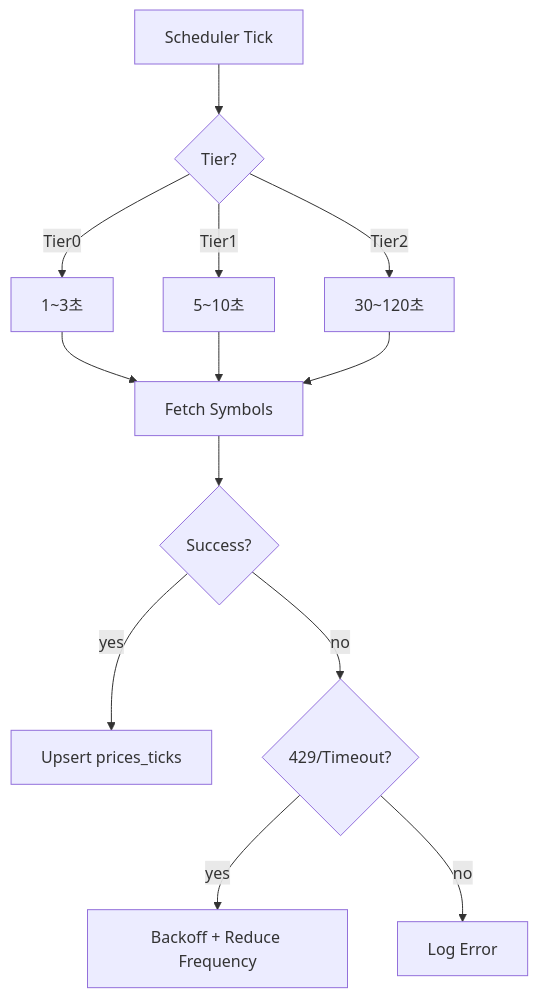
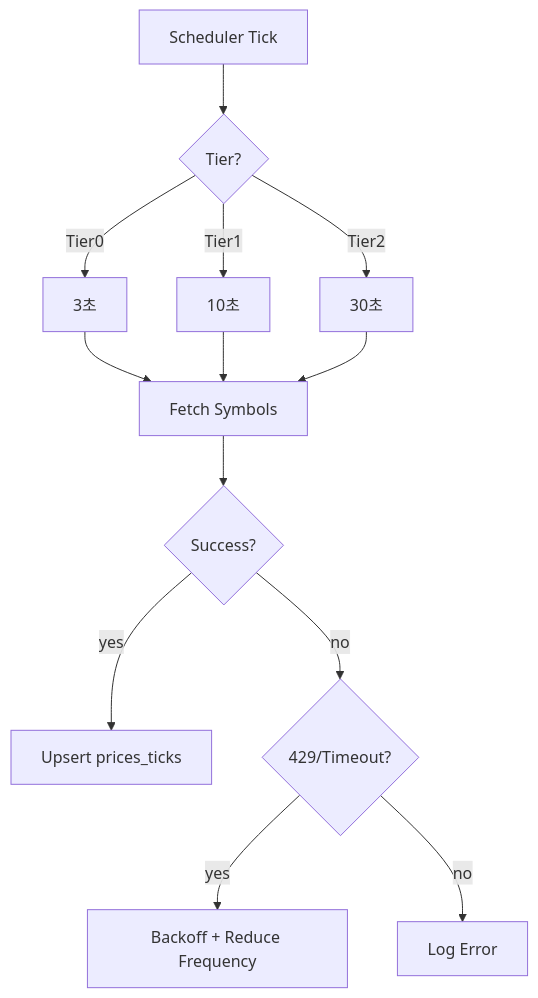
The third of 4 diagrams in docs/modules/price-sync.md (joungwonlim/aegis-v14), drawn with Mermaid before and after one commit. The commit also changed other lines of this file and 1 other file, not shown here.

````diff
--- a/docs/modules/price-sync.md
+++ b/docs/modules/price-sync.md
@@ -458,15 +478,15 @@
 ```mermaid
 flowchart TD
     A[Scheduler Tick] --> B{Tier?}
-    B -->|Tier0| C[1~3초]
-    B -->|Tier1| D[5~10초]
-    B -->|Tier2| E[30~120초]
+    B -->|Tier0| C[3초]
+    B -->|Tier1| D[10초]
+    B -->|Tier2| E[30초]
     C --> F[Fetch Symbols]
     D --> F
     E --> F
     F --> G{Success?}
     G -->|yes| H[Upsert prices_ticks]
     G -->|no| I{429/Timeout?}
     I -->|yes| J[Backoff + Reduce Frequency]
     I -->|no| K[Log Error]
 ```
````
